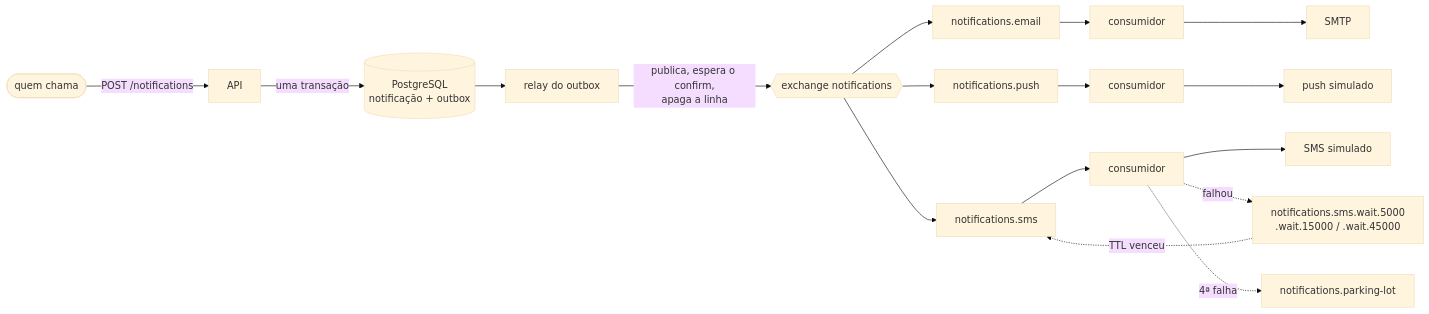
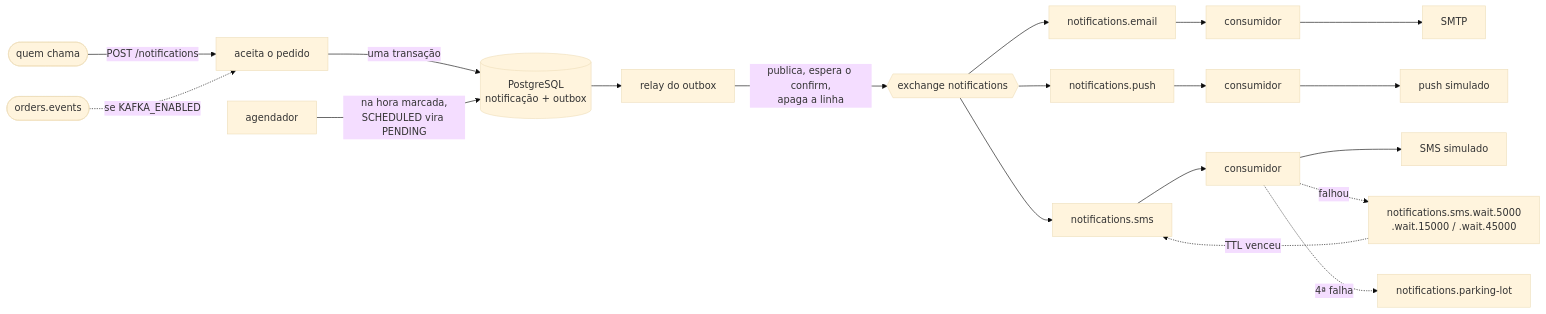
One commit to Jhonatas-de-Freitas/notification-service changed the diagram in README.md. Above: the diagram before and after it, drawn with Mermaid (base theme). The commit also changed other lines of this file, not shown here.

Commit message:
docs: readme com agendamento, eventos do kafka e as decisoes

````diff
--- a/README.md
+++ b/README.md
@@ -13,13 +11,15 @@
 ```mermaid
 flowchart LR
-    cliente([quem chama]) -->|POST /notifications| api[API]
-    api -->|uma transação| db[(PostgreSQL<br/>notificação + outbox)]
+    cliente([quem chama]) -->|POST /notifications| servico[aceita o pedido]
+    kafka([orders.events]) -.->|se KAFKA_ENABLED| servico
+    servico -->|uma transação| db[(PostgreSQL<br/>notificação + outbox)]
+    agendador[agendador] -->|na hora marcada,<br/>SCHEDULED vira PENDING| db
     db --> relay[relay do outbox]
     relay -->|publica, espera o confirm,<br/>apaga a linha| ex{{exchange notifications}}
     ex --> qe[notifications.email] --> ce[consumidor] --> smtp[SMTP]
     ex --> qp[notifications.push] --> cp[consumidor] --> push[push simulado]
     ex --> qs[notifications.sms] --> cs[consumidor] --> sms[SMS simulado]
     cs -.falhou.-> espera[notifications.sms.wait.5000<br/>.wait.15000 / .wait.45000]
     espera -.TTL venceu.-> qs
     cs -.4ª falha.-> erros[notifications.parking-lot]
 ```
````
